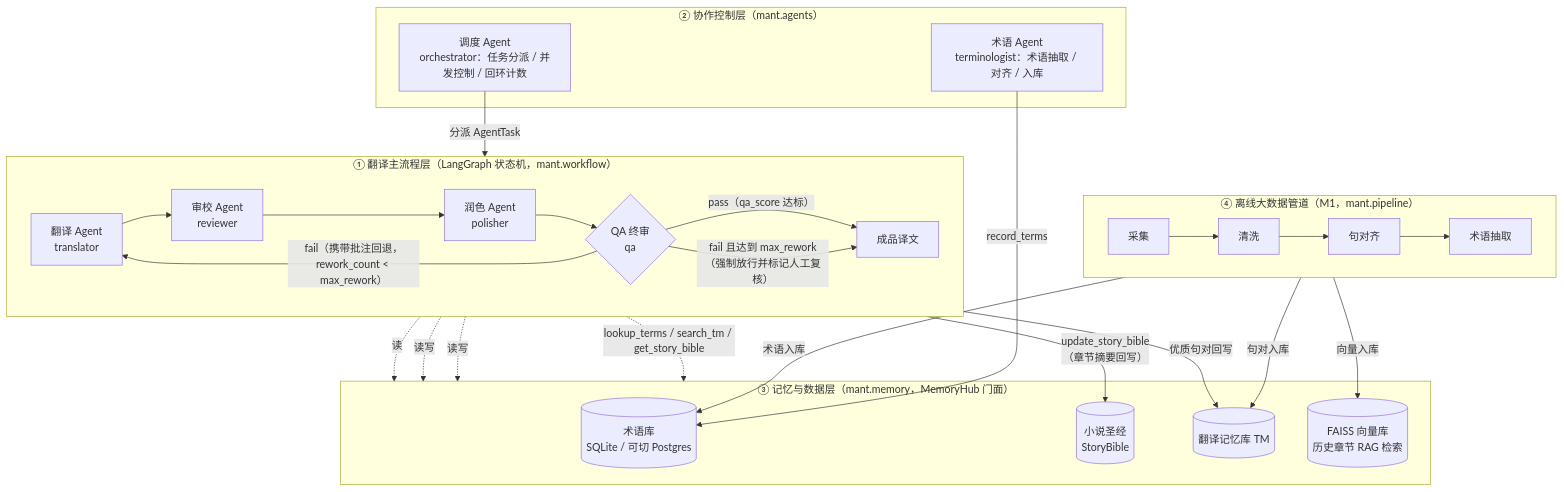
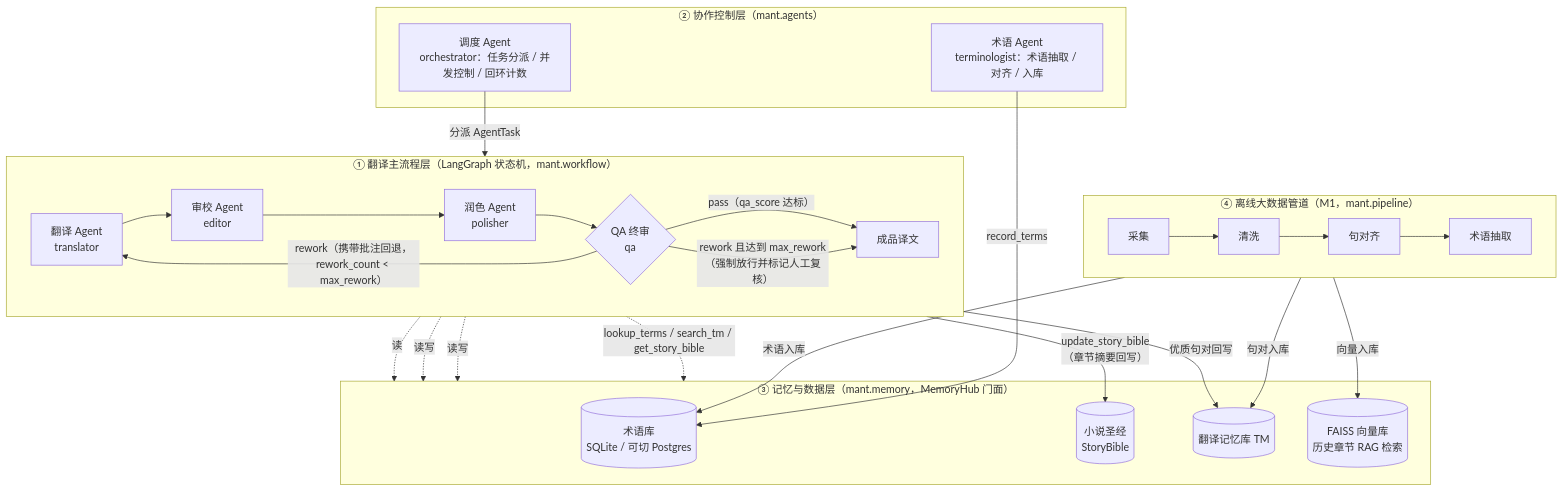
The first of 3 diagrams in docs/architecture.md (Ryan7RWZ/MultiAgent-Novel-Translation), drawn with Mermaid before and after one commit. The commit also changed other lines of this file and 39 other files, not shown here.

````diff
--- a/docs/architecture.md
+++ b/docs/architecture.md
@@ -21,44 +21,44 @@
 ```mermaid
 flowchart TB
     subgraph L1["① 翻译主流程层（LangGraph 状态机，mant.workflow）"]
         direction LR
         T["翻译 Agent<br>translator"]
-        R["审校 Agent<br>reviewer"]
+        R["审校 Agent<br>editor"]
         P["润色 Agent<br>polisher"]
         Q{"QA 终审<br>qa"}
         DONE["成品译文"]
         T --> R --> P --> Q
         Q -->|"pass（qa_score 达标）"| DONE
-        Q -->|"fail（携带批注回退，<br>rework_count &lt; max_rework）"| T
-        Q -->|"fail 且达到 max_rework<br>（强制放行并标记人工复核）"| DONE
+        Q -->|"rework（携带批注回退，<br>rework_count &lt; max_rework）"| T
+        Q -->|"rework 且达到 max_rework<br>（强制放行并标记人工复核）"| DONE
     end
 
     subgraph L2["② 协作控制层（mant.agents）"]
         ORCH["调度 Agent<br>orchestrator：任务分派 / 并发控制 / 回环计数"]
         TERM["术语 Agent<br>terminologist：术语抽取 / 对齐 / 入库"]
     end
 
     subgraph L3["③ 记忆与数据层（mant.memory，MemoryHub 门面）"]
         DB[("术语库<br>SQLite / 可切 Postgres")]
         BIBLE[("小说圣经<br>StoryBible")]
         TM[("翻译记忆库 TM")]
         VEC[("FAISS 向量库<br>历史章节 RAG 检索")]
     end
 
     subgraph L4["④ 离线大数据管道（M1，mant.pipeline）"]
         direction LR
         CRAWL["采集"] --> CLEAN["清洗"] --> ALIGN["句对齐"] --> EXTRACT["术语抽取"]
     end
 
     ORCH -->|"分派 AgentTask"| T
     TERM -->|"record_terms"| DB
     T -.->|"lookup_terms / search_tm / get_story_bible"| L3
     R -.->|"读写"| L3
     P -.->|"读写"| L3
     Q -.->|"读"| L3
     DONE -->|"update_story_bible<br>（章节摘要回写）"| BIBLE
     DONE -->|"优质句对回写"| TM
     EXTRACT -->|"术语入库"| DB
     ALIGN -->|"句对入库"| TM
     ALIGN -->|"向量入库"| VEC
 ```
````
